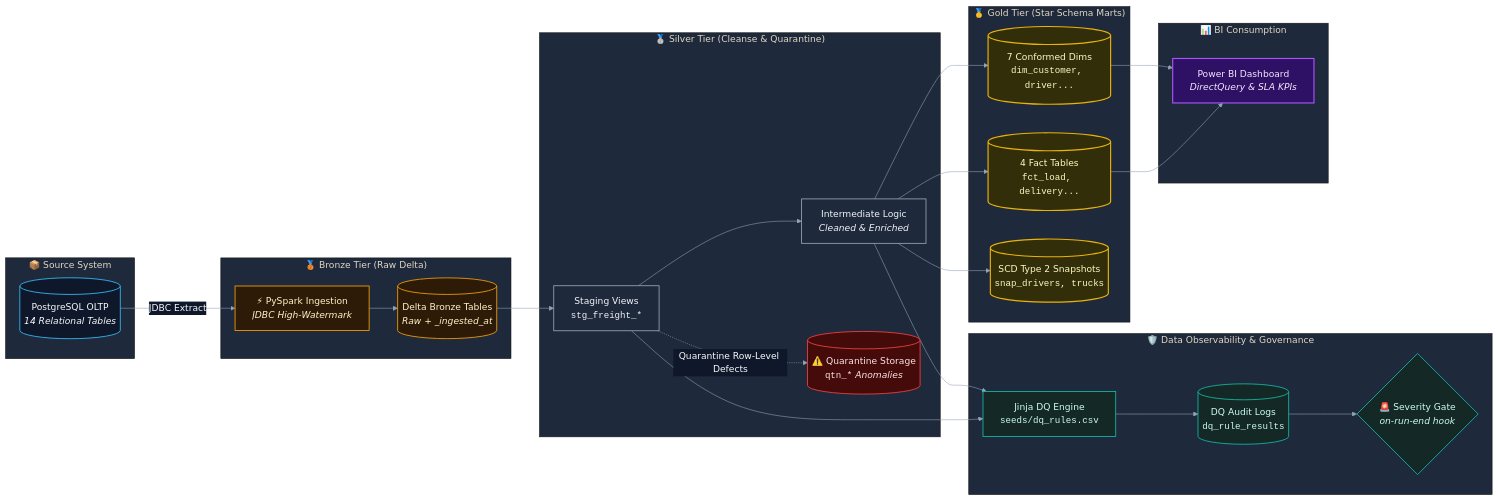
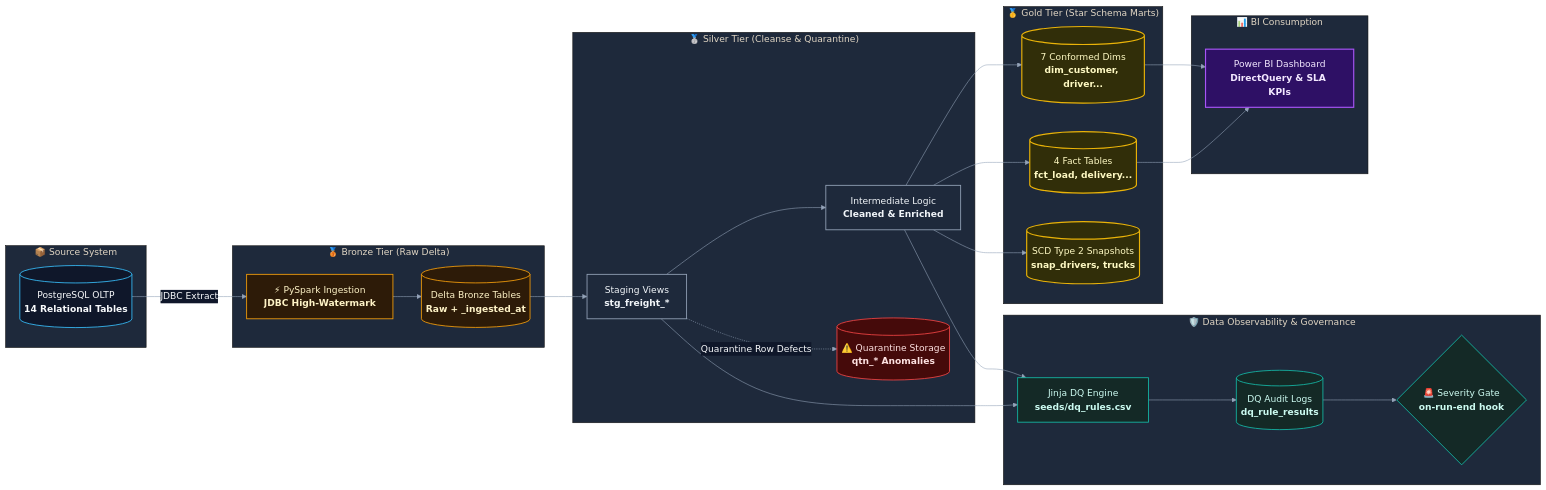
One commit to toandatawork/freight-data-platform changed the diagram in README.md. Above: the diagram before and after it, drawn with Mermaid. The commit also changed other lines of this file and 2 other files, not shown here.

Commit message:
docs: clean up pipeline architecture mermaid diagram, remove svg files

```diff
--- a/README.md
+++ b/README.md
@@ -66,34 +55,34 @@
 flowchart LR
     %% Subgraphs Definition
     subgraph Source ["📦 Source System"]
-        GhostDB[("PostgreSQL OLTP<br/><i>14 Relational Tables</i>")]
+        GhostDB[("PostgreSQL OLTP<br/><b>14 Relational Tables</b>")]
     end
 
     subgraph BronzeTier ["🥉 Bronze Tier (Raw Delta)"]
-        SparkJob["⚡ PySpark Ingestion<br/><i>JDBC High-Watermark</i>"]
-        DeltaBronze[("Delta Bronze Tables<br/><i>Raw + _ingested_at</i>")]
+        SparkJob["⚡ PySpark Ingestion<br/><b>JDBC High-Watermark</b>"]
+        DeltaBronze[("Delta Bronze Tables<br/><b>Raw + _ingested_at</b>")]
     end
 
     subgraph SilverTier ["🥈 Silver Tier (Cleanse & Quarantine)"]
-        Staging["Staging Views<br/><code>stg_freight_*</code>"]
-        Intermediate["Intermediate Logic<br/><i>Cleaned & Enriched</i>"]
-        Quarantine[("⚠️ Quarantine Storage<br/><code>qtn_*</code> <i>Anomalies</i>")]
+        Staging["Staging Views<br/><b>stg_freight_*</b>"]
+        Intermediate["Intermediate Logic<br/><b>Cleaned & Enriched</b>"]
+        Quarantine[("⚠️ Quarantine Storage<br/><b>qtn_* Anomalies</b>")]
     end
 
     subgraph GoldTier ["🥇 Gold Tier (Star Schema Marts)"]
-        Dims[("7 Conformed Dims<br/><code>dim_customer, driver...</code>")]
-        Facts[("4 Fact Tables<br/><code>fct_load, delivery...</code>")]
-        SCD2[("SCD Type 2 Snapshots<br/><code>snap_drivers, trucks</code>")]
+        Dims[("7 Conformed Dims<br/><b>dim_customer, driver...</b>")]
+        Facts[("4 Fact Tables<br/><b>fct_load, delivery...</b>")]
+        SCD2[("SCD Type 2 Snapshots<br/><b>snap_drivers, trucks</b>")]
     end
 
     subgraph ObsTier ["🛡️ Data Observability & Governance"]
-        DQEngine["Jinja DQ Engine<br/><code>seeds/dq_rules.csv</code>"]
-        DQResults[("DQ Audit Logs<br/><code>dq_rule_results</code>")]
-        SeverityGate{"🚨 Severity Gate<br/><i>on-run-end hook</i>"}
+        DQEngine["Jinja DQ Engine<br/><b>seeds/dq_rules.csv</b>"]
+        DQResults[("DQ Audit Logs<br/><b>dq_rule_results</b>")]
+        SeverityGate{"🚨 Severity Gate<br/><b>on-run-end hook</b>"}
     end
 
     subgraph Serving ["📊 BI Consumption"]
-        PowerBI["Power BI Dashboard<br/><i>DirectQuery & SLA KPIs</i>"]
+        PowerBI["Power BI Dashboard<br/><b>DirectQuery & SLA KPIs</b>"]
     end
 
     %% Flow Connections
@@ -101,7 +90,7 @@
     SparkJob --> DeltaBronze
     DeltaBronze --> Staging
     Staging --> Intermediate
-    Staging -.->|Quarantine Row-Level Defects| Quarantine
+    Staging -.->|Quarantine Row Defects| Quarantine
 
     Intermediate --> Dims
     Intermediate --> Facts
```
